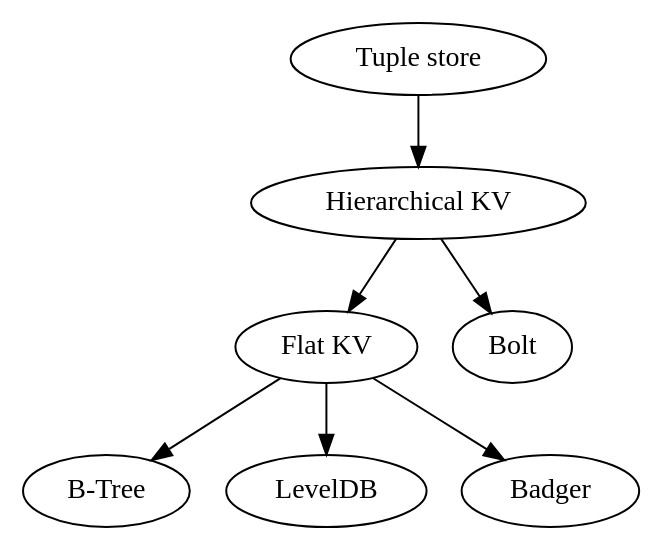
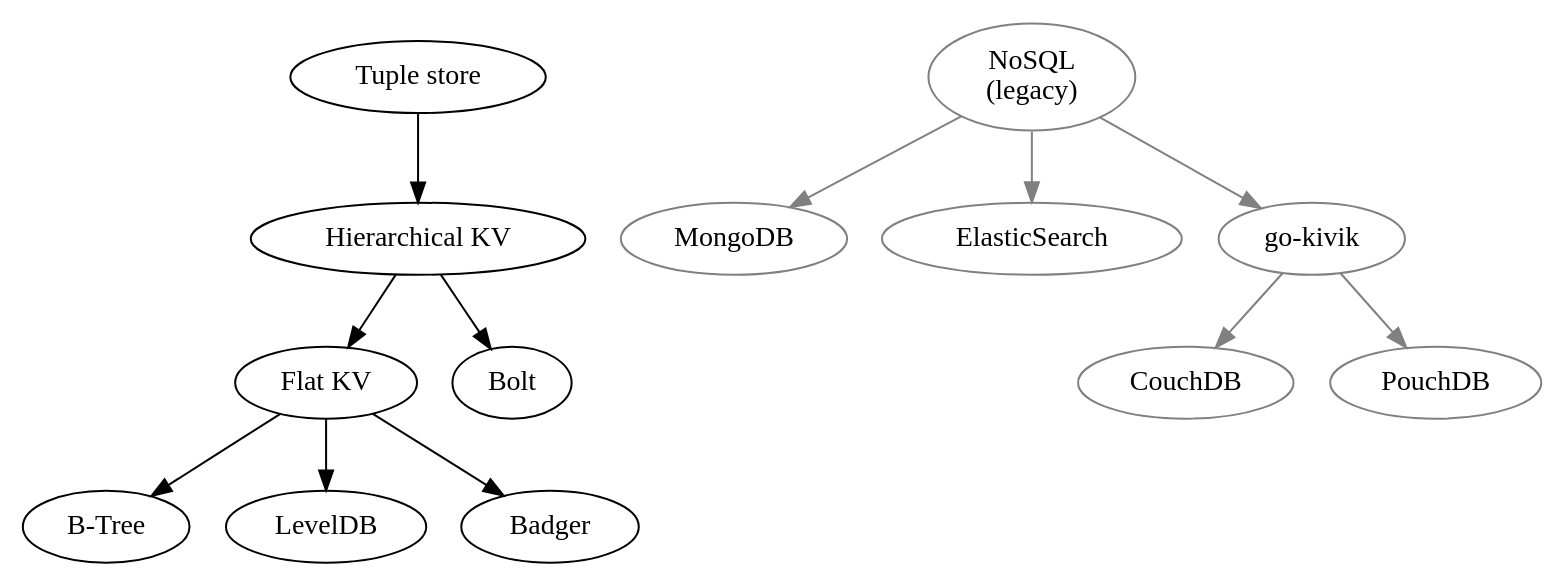
One commit to hidal-go/hidalgo changed the diagram in db-hierarchy.gv. Above: the diagram before and after it, drawn with Graphviz. The commit also changed 24 other files, not shown here.

Commit message:
legacy: add nosql abstraction

```diff
--- a/db-hierarchy.gv
+++ b/db-hierarchy.gv
@@ -1,17 +1,29 @@
 digraph DBs {
     flat_kv [label="Flat KV" URL="./docs/kv-flat.md"]
     btree [label="B-Tree"]
     flat_kv -> btree
     leveldb [label="LevelDB"]
     flat_kv -> leveldb
     badger [label="Badger"]
     flat_kv -> badger
 
     hie_kv [label="Hierarchical KV" URL="./docs/kv-hierarchical.md"]
     hie_kv -> flat_kv
     bolt [label="Bolt"]
     hie_kv -> bolt
 
     strict_tuple [label="Tuple store" URL="./docs/tuple-strict.md"]
     strict_tuple -> hie_kv
+
+    legacy_nosql [label="NoSQL\n(legacy)", color=grey]
+    legacy_mongo [label="MongoDB", color=grey]
+    legacy_nosql -> legacy_mongo [color=grey]
+    legacy_elastic [label="ElasticSearch", color=grey]
+    legacy_nosql -> legacy_elastic [color=grey]
+    legacy_ouch [label="go-kivik", color=grey]
+    legacy_nosql -> legacy_ouch [color=grey]
+    legacy_couch [label="CouchDB", color=grey]
+    legacy_ouch -> legacy_couch [color=grey]
+    legacy_pouch [label="PouchDB", color=grey]
+    legacy_ouch -> legacy_pouch [color=grey]
 }
```
